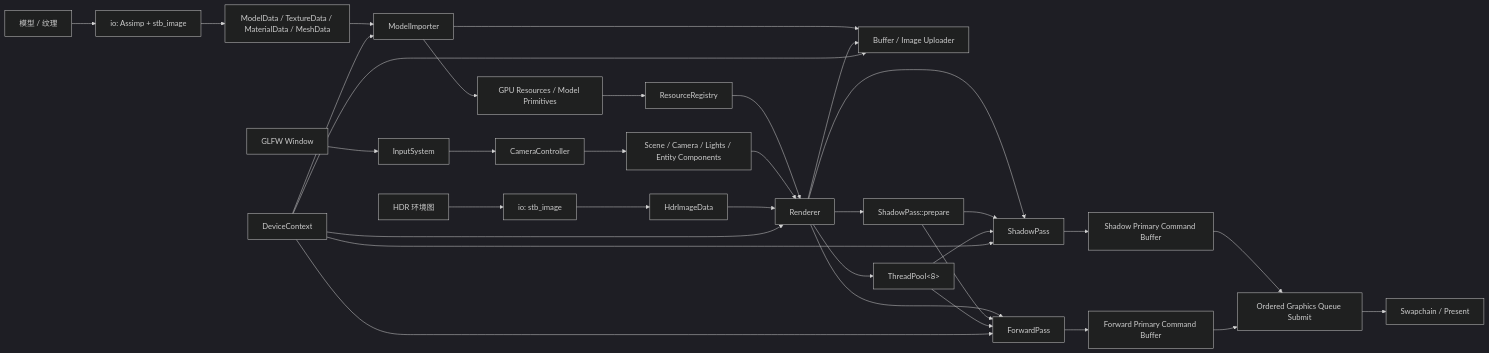
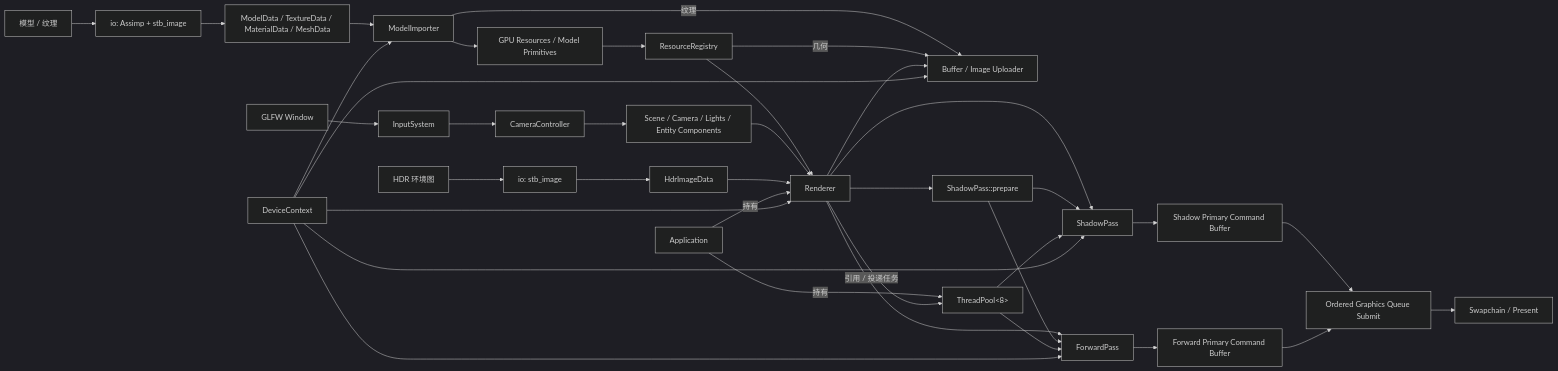
The diagram in README.md (th1nk2r-git/th1nk2r_renderer), drawn with Mermaid (dark theme) before and after one commit. The commit also changed other lines of this file and 20 other files, not shown here.

````diff
--- a/README.md
+++ b/README.md
@@ -75,38 +76,41 @@
 ```mermaid
 flowchart LR
     Assets["模型 / 纹理"] --> IO["io: Assimp + stb_image"]
     IO --> CPU["ModelData / TextureData / MaterialData / MeshData"]
     CPU --> Importer["ModelImporter"]
     Importer --> GPU["GPU Resources / Model Primitives"]
     GPU --> Registry["ResourceRegistry"]
-    Importer --> Upload["Buffer / Image Uploader"]
+    Importer -->|纹理| Upload["Buffer / Image Uploader"]
+    Registry -->|几何| Upload
     HDR["HDR 环境图"] --> ImageIO["io: stb_image"]
     ImageIO --> Panorama["HdrImageData"]
 
     Window["GLFW Window"] --> Input["InputSystem"]
     Input --> Camera["CameraController"]
     Camera --> Scene["Scene / Camera / Lights / Entity Components"]
     Registry --> Renderer["Renderer"]
     Scene --> Renderer
     Panorama --> Renderer
     Renderer --> Upload
     Renderer --> Prepare["ShadowPass::prepare"]
-    Renderer --> Pool["ThreadPool&lt;8&gt;"]
+    App["Application"] -->|持有| Pool["ThreadPool&lt;8&gt;"]
+    App -->|持有| Renderer
+    Renderer -->|引用 / 投递任务| Pool
     Renderer --> Shadow["ShadowPass"]
     Renderer --> Forward["ForwardPass"]
     Prepare --> Shadow
     Prepare --> Forward
     Pool --> Shadow
     Pool --> Forward
     Shadow --> ShadowCB["Shadow Primary Command Buffer"]
     Forward --> ForwardCB["Forward Primary Command Buffer"]
     ShadowCB --> Submit["Ordered Graphics Queue Submit"]
     ForwardCB --> Submit
     Submit --> Swapchain["Swapchain / Present"]
 
     Device["DeviceContext"] --> Upload
     Device --> Importer
     Device --> Shadow
     Device --> Forward
     Device --> Renderer
 ```
````
